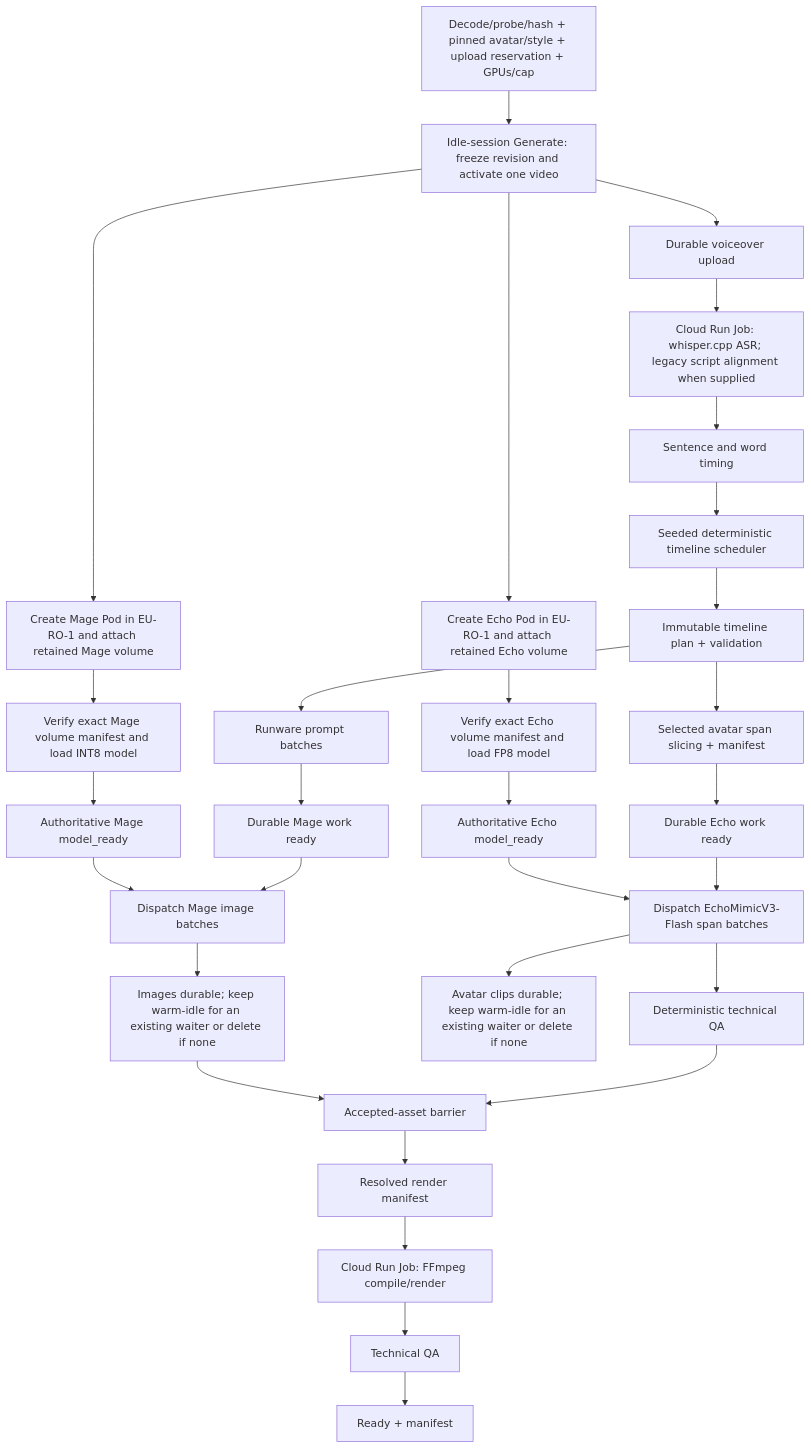
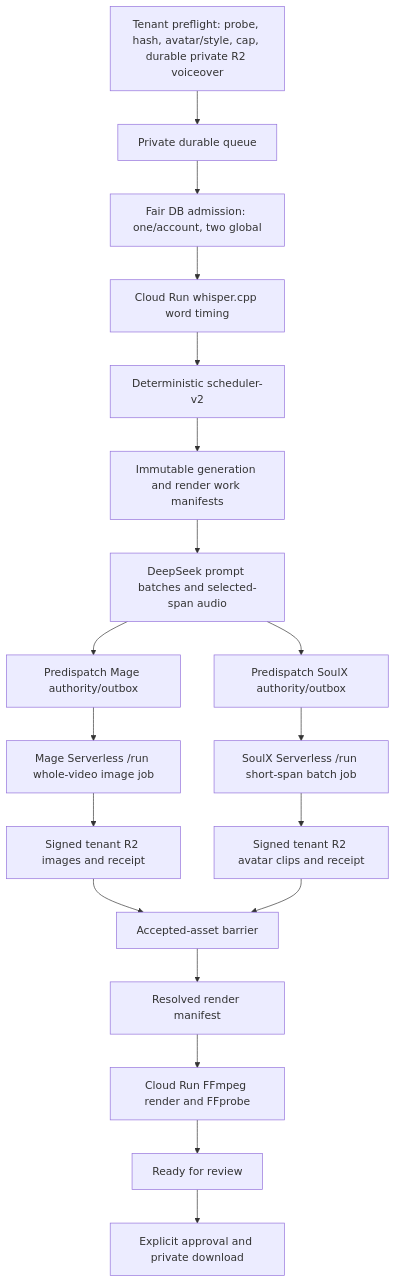
One commit to Pala-LakshmanSai/videoforge changed the diagram in project-context/07_PIPELINE_AND_SCHEDULER.md. Above: the diagram before and after it, drawn with Mermaid. The commit also changed other lines of this file and 47 other files, not shown here.

Commit message:
Replace active roadmap with Serverless V2

````diff
--- a/project-context/07_PIPELINE_AND_SCHEDULER.md
+++ b/project-context/07_PIPELINE_AND_SCHEDULER.md
@@ -24,32 +12,21 @@
 ```mermaid
 flowchart TD
-    P["Decode/probe/hash + pinned avatar/style + upload reservation + GPUs/cap"] --> A["Idle-session Generate: freeze revision and activate one video"]
-    A --> B["Durable voiceover upload"]
-    A --> M0["Create Mage Pod in EU-RO-1 and attach retained Mage volume"]
-    A --> E0["Create Echo Pod in EU-RO-1 and attach retained Echo volume"]
-    M0 --> M1["Verify exact Mage volume manifest and load INT8 model"]
-    E0 --> E1["Verify exact Echo volume manifest and load FP8 model"]
-    M1 --> MR["Authoritative Mage model_ready"]
-    E1 --> ER["Authoritative Echo model_ready"]
-    B --> C["Cloud Run Job: whisper.cpp ASR; legacy script alignment when supplied"]
-    C --> D["Sentence and word timing"]
-    D --> E["Seeded deterministic timeline scheduler"]
-    E --> F["Immutable timeline plan + validation"]
-    F --> G["Runware prompt batches"]
-    F --> H["Selected avatar span slicing + manifest"]
-    G --> I0["Durable Mage work ready"]
-    H --> J0["Durable Echo work ready"]
-    MR --> I["Dispatch Mage image batches"]
-    I0 --> I
-    ER --> J["Dispatch EchoMimicV3-Flash span batches"]
-    J0 --> J
-    I --> ID["Images durable; keep warm-idle for an existing waiter or delete if none"]
-    J --> JD["Avatar clips durable; keep warm-idle for an existing waiter or delete if none"]
-    J --> K["Deterministic technical QA"]
-    ID --> N["Accepted-asset barrier"]
-    K --> N
-    N --> R["Resolved render manifest"]
-    R --> O["Cloud Run Job: FFmpeg compile/render"]
-    O --> TQ["Technical QA"]
-    TQ --> Q["Ready + manifest"]
+    P["Tenant preflight: probe, hash, avatar/style, cap, durable private R2 voiceover"] --> Q["Private durable queue"]
+    Q --> A["Fair DB admission: one/account, two global"]
+    A --> T["Cloud Run whisper.cpp word timing"]
+    T --> S["Deterministic scheduler-v2"]
+    S --> WM["Immutable generation and render work manifests"]
+    WM --> D["DeepSeek prompt batches and selected-span audio"]
+    D --> MI["Predispatch Mage authority/outbox"]
+    D --> SI["Predispatch SoulX authority/outbox"]
+    MI --> ME["Mage Serverless /run whole-video image job"]
+    SI --> SE["SoulX Serverless /run short-span batch job"]
+    ME --> MR["Signed tenant R2 images and receipt"]
+    SE --> SR["Signed tenant R2 avatar clips and receipt"]
+    MR --> B["Accepted-asset barrier"]
+    SR --> B
+    B --> RM["Resolved render manifest"]
+    RM --> F["Cloud Run FFmpeg render and FFprobe"]
+    F --> R["Ready for review"]
+    R --> AP["Explicit approval and private download"]
 ```
````
